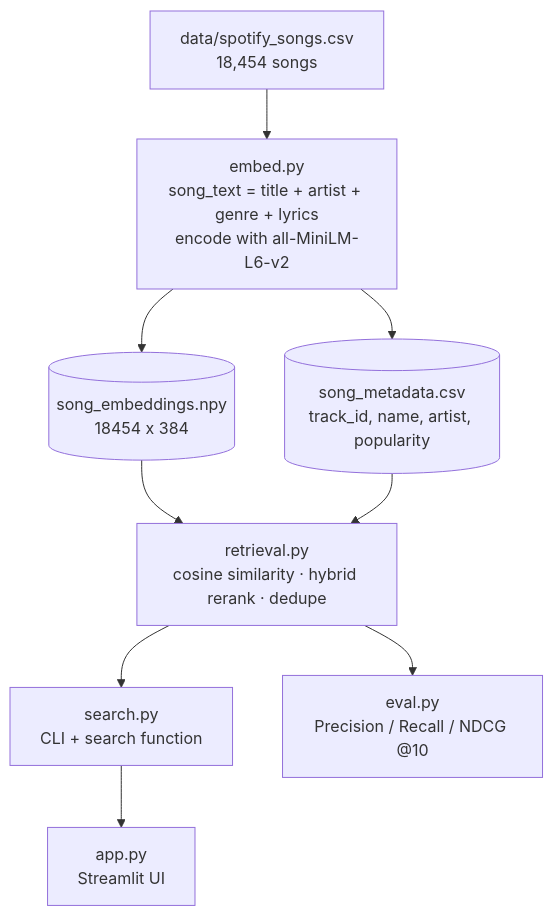
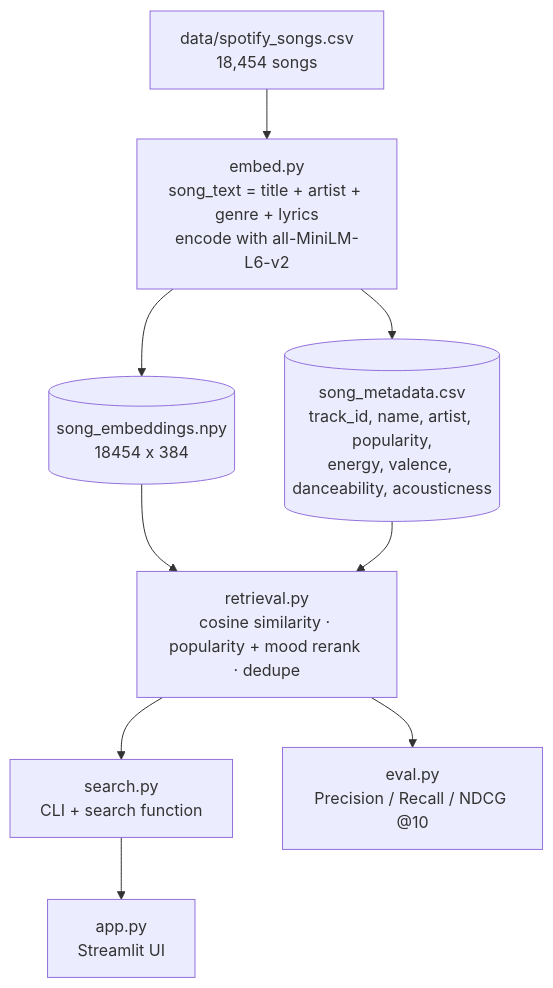
The diagram in README.md (sanjanaj1712/music-semantic-search), drawn with Mermaid before and after one commit. The commit also changed other lines of this file and 2 other files, not shown here.

Commit message:
docs: document mood ranking, updated evaluation and dark-mode screenshot

````diff
--- a/README.md
+++ b/README.md
@@ -30,11 +36,11 @@
 ```mermaid
 flowchart TD
     A[data/spotify_songs.csv<br/>18,454 songs] --> B[embed.py<br/>song_text = title + artist + genre + lyrics<br/>encode with all-MiniLM-L6-v2]
     B --> C[(song_embeddings.npy<br/>18454 x 384)]
-    B --> D[(song_metadata.csv<br/>track_id, name, artist, popularity)]
-    C --> E[retrieval.py<br/>cosine similarity · hybrid rerank · dedupe]
+    B --> D[(song_metadata.csv<br/>track_id, name, artist, popularity,<br/>energy, valence, danceability, acousticness)]
+    C --> E[retrieval.py<br/>cosine similarity · popularity + mood rerank · dedupe]
     D --> E
     E --> F[search.py<br/>CLI + search function]
     F --> G[app.py<br/>Streamlit UI]
     E --> H[eval.py<br/>Precision / Recall / NDCG @10]
 ```
````
